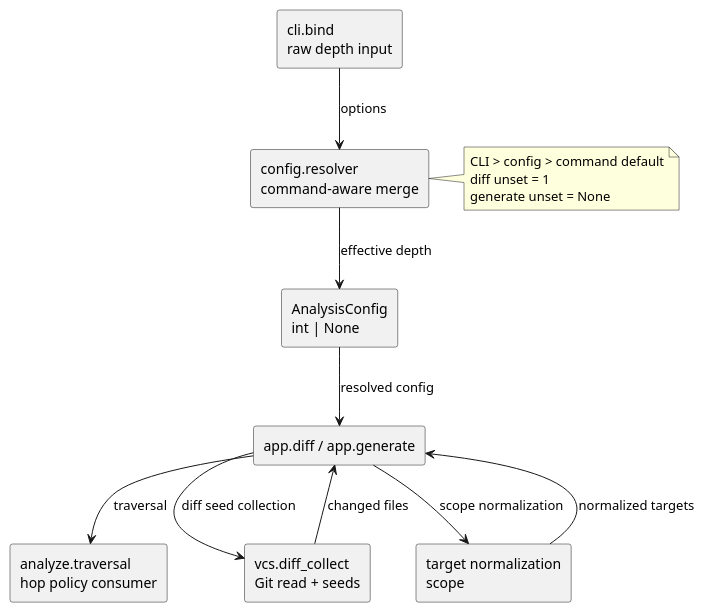
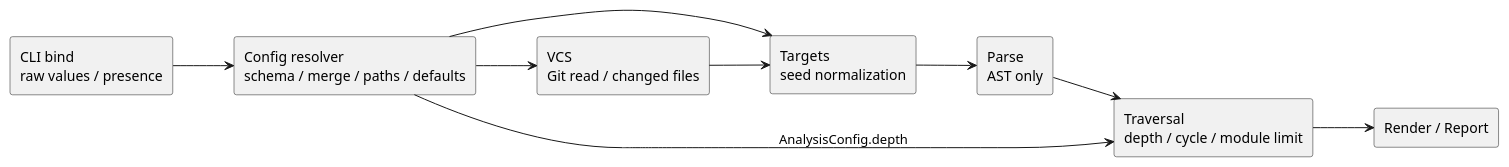
One commit to chemitaro/pyclassuml changed the diagram in spec-dock/initiatives/init-00001-pyclassuml-prototype/epics/epic-00002-foundation-contracts/issues/iss-00044-diff-default-depth/design.md. Above: the diagram before and after it, drawn with PlantUML. The commit also changed other lines of this file and 4 other files, not shown here.

````diff
--- a/spec-dock/initiatives/init-00001-pyclassuml-prototype/epics/epic-00002-foundation-contracts/issues/iss-00044-diff-default-depth/design.md
+++ b/spec-dock/initiatives/init-00001-pyclassuml-prototype/epics/epic-00002-foundation-contracts/issues/iss-00044-diff-default-depth/design.md
@@ -109,26 +469,22 @@
 ```plantuml
 @startuml
-top to bottom direction
-rectangle "cli.bind\nraw depth input" as CLI
-rectangle "config.resolver\ncommand-aware merge" as RES
-rectangle "AnalysisConfig\nint | None" as CFG
-rectangle "app.diff / app.generate" as APP
-rectangle "analyze.traversal\nhop policy consumer" as TRV
-rectangle "vcs.diff_collect\nGit read + seeds" as VCS
-rectangle "target normalization\nscope" as TGT
+left to right direction
 
-CLI --> RES : options
-RES --> CFG : effective depth
-CFG --> APP : resolved config
-APP --> TRV : traversal
-APP --> VCS : diff seed collection
-APP --> TGT : scope normalization
-VCS --> APP : changed files
-TGT --> APP : normalized targets
-note right of RES
-CLI > config > command default
-diff unset = 1
-generate unset = None
-end note
+rectangle "CLI bind\nraw values / presence" as CLI
+rectangle "Config resolver\nschema / merge / paths / defaults" as CFG
+rectangle "Targets\nseed normalization" as TGT
+rectangle "VCS\nGit read / changed files" as VCS
+rectangle "Parse\nAST only" as PARSE
+rectangle "Traversal\ndepth / cycle / module limit" as TRV
+rectangle "Render / Report" as OUT
+
+CLI --> CFG
+CFG --> TGT
+CFG --> VCS
+VCS --> TGT
+TGT --> PARSE
+PARSE --> TRV
+CFG --> TRV : AnalysisConfig.depth
+TRV --> OUT
 @enduml
 ```
````
